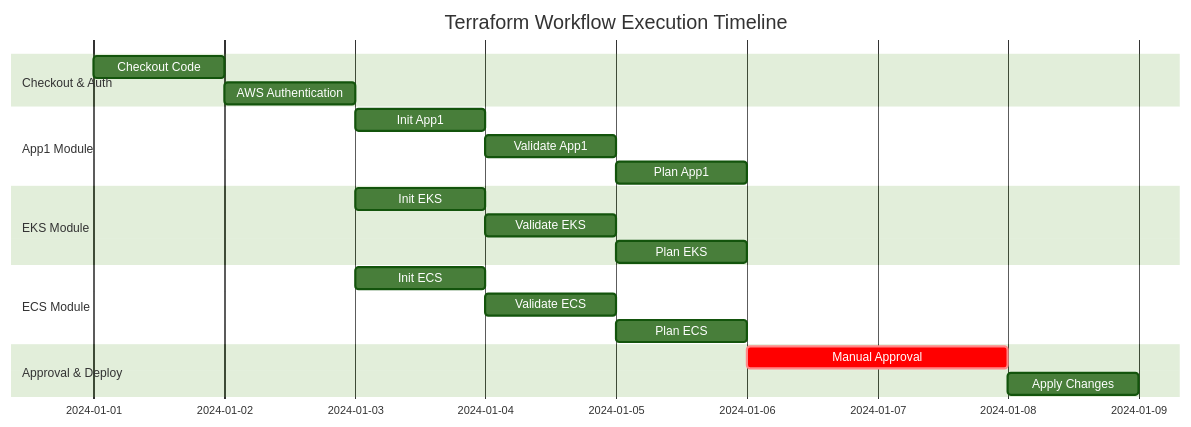
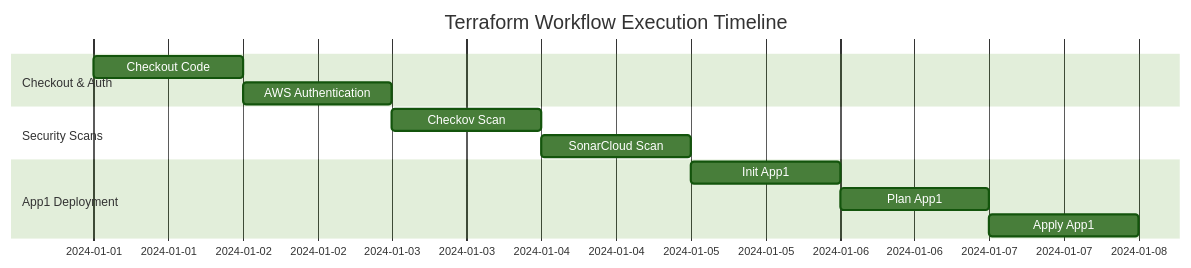
One commit to vegatros/repo1 changed diagram 12 of 13 in DIAGRAMS.md. Above: the diagram before and after it, drawn with Mermaid (forest theme). The commit also changed other lines of this file, not shown here.

Commit message:
Update DIAGRAMS.md to reflect latest workflow changes

````diff
--- a/DIAGRAMS.md
+++ b/DIAGRAMS.md
@@ -465,27 +467,17 @@
 ```mermaid
 gantt
     title Terraform Workflow Execution Timeline
     dateFormat  YYYY-MM-DD
     section Checkout & Auth
     Checkout Code           :a1, 2024-01-01, 1d
     AWS Authentication      :a2, after a1, 1d
     
-    section App1 Module
-    Init App1               :b1, after a2, 1d
-    Validate App1           :b2, after b1, 1d
-    Plan App1               :b3, after b2, 1d
+    section Security Scans
+    Checkov Scan           :b1, after a2, 1d
+    SonarCloud Scan        :b2, after b1, 1d
     
-    section EKS Module
-    Init EKS               :c1, after a2, 1d
-    Validate EKS           :c2, after c1, 1d
-    Plan EKS               :c3, after c2, 1d
-    
-    section ECS Module
-    Init ECS               :d1, after a2, 1d
-    Validate ECS           :d2, after d1, 1d
-    Plan ECS               :d3, after d2, 1d
-    
-    section Approval & Deploy
-    Manual Approval        :crit, e1, after b3, 2d
-    Apply Changes          :e2, after e1, 1d
+    section App1 Deployment
+    Init App1              :c1, after b2, 1d
+    Plan App1              :c2, after c1, 1d
+    Apply App1             :c3, after c2, 1d
 ```
````
